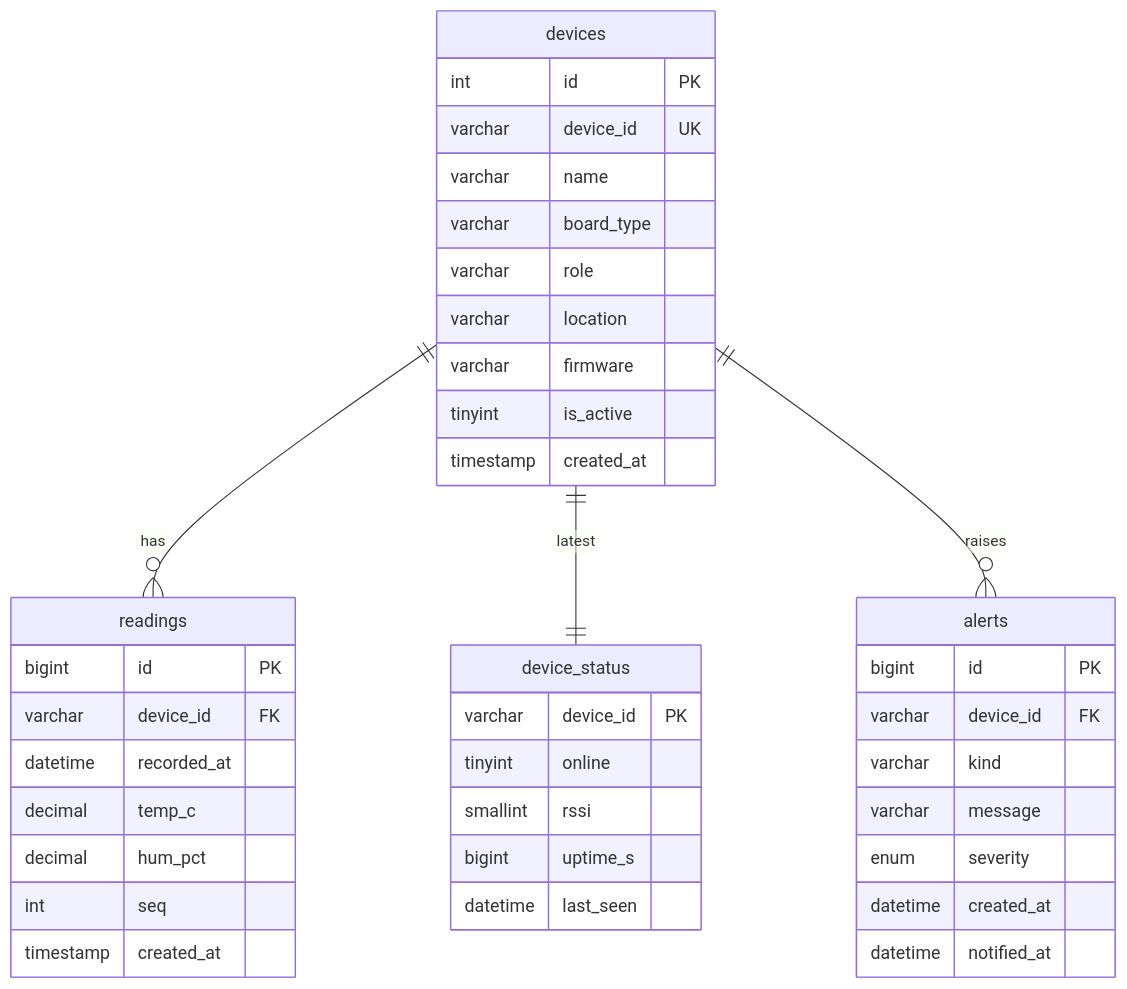
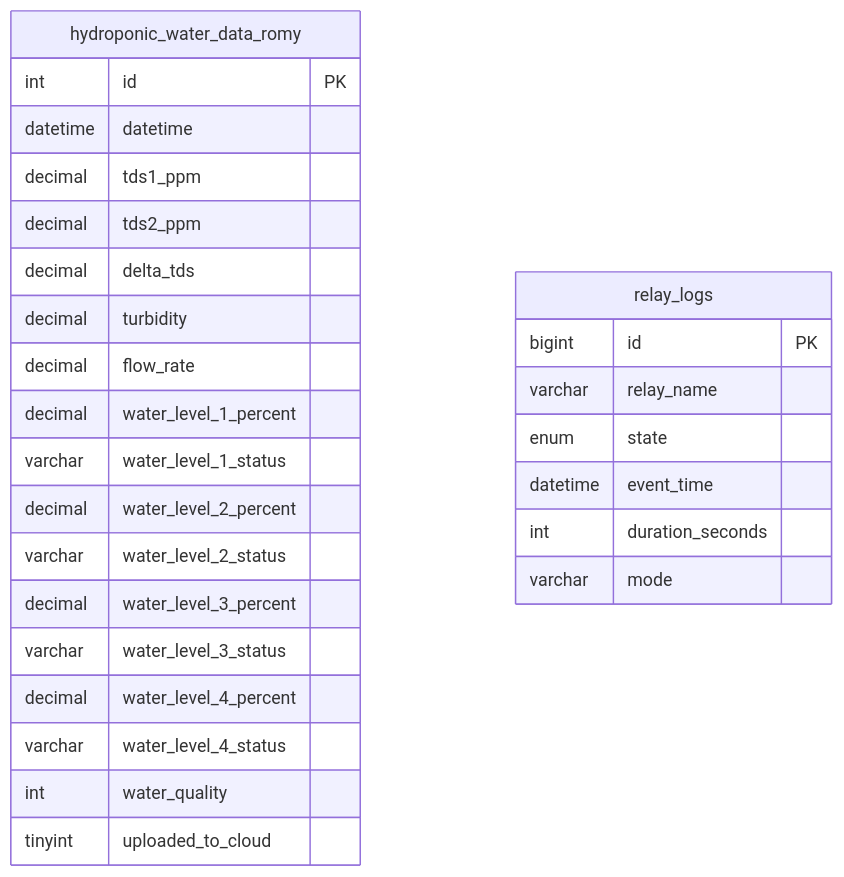
The diagram in docs/database.md (livinglab-source/Romyadhy), drawn with Mermaid before and after one commit. The commit also changed other lines of this file and 31 other files, not shown here.

````diff
--- a/docs/database.md
+++ b/docs/database.md
@@ -9,46 +18,31 @@
 ```mermaid
 erDiagram
-  devices ||--o{ readings : "has"
-  devices ||--|| device_status : "latest"
-  devices ||--o{ alerts : "raises"
-
-  devices {
+  hydroponic_water_data_romy {
     int      id PK
-    varchar  device_id UK
-    varchar  name
-    varchar  board_type
-    varchar  role
-    varchar  location
-    varchar  firmware
-    tinyint  is_active
-    timestamp created_at
+    datetime datetime
+    decimal  tds1_ppm
+    decimal  tds2_ppm
+    decimal  delta_tds
+    decimal  turbidity
+    decimal  flow_rate
+    decimal  water_level_1_percent
+    varchar  water_level_1_status
+    decimal  water_level_2_percent
+    varchar  water_level_2_status
+    decimal  water_level_3_percent
+    varchar  water_level_3_status
+    decimal  water_level_4_percent
+    varchar  water_level_4_status
+    int      water_quality
+    tinyint  uploaded_to_cloud
   }
 
-  readings {
+  relay_logs {
     bigint   id PK
-    varchar  device_id FK
-    datetime recorded_at
-    decimal  temp_c
-    decimal  hum_pct
-    int      seq
-    timestamp created_at
-  }
-
-  device_status {
-    varchar  device_id PK
-    tinyint  online
-    smallint rssi
-    bigint   uptime_s
-    datetime last_seen
-  }
-
-  alerts {
-    bigint   id PK
-    varchar  device_id FK
-    varchar  kind
-    varchar  message
-    enum     severity
-    datetime created_at
-    datetime notified_at
+    varchar  relay_name
+    enum     state
+    datetime event_time
+    int      duration_seconds
+    varchar  mode
   }
 ```
````
